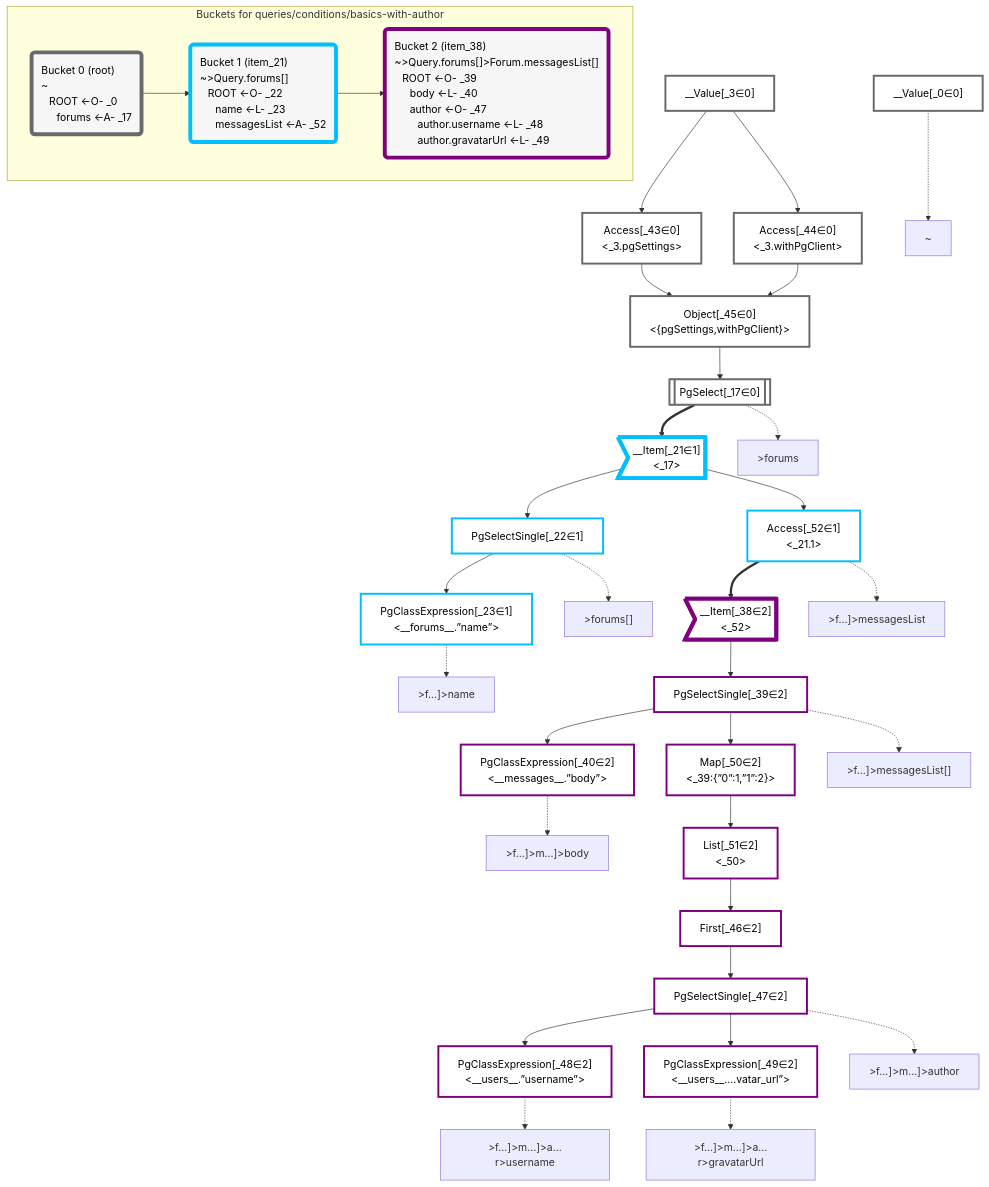
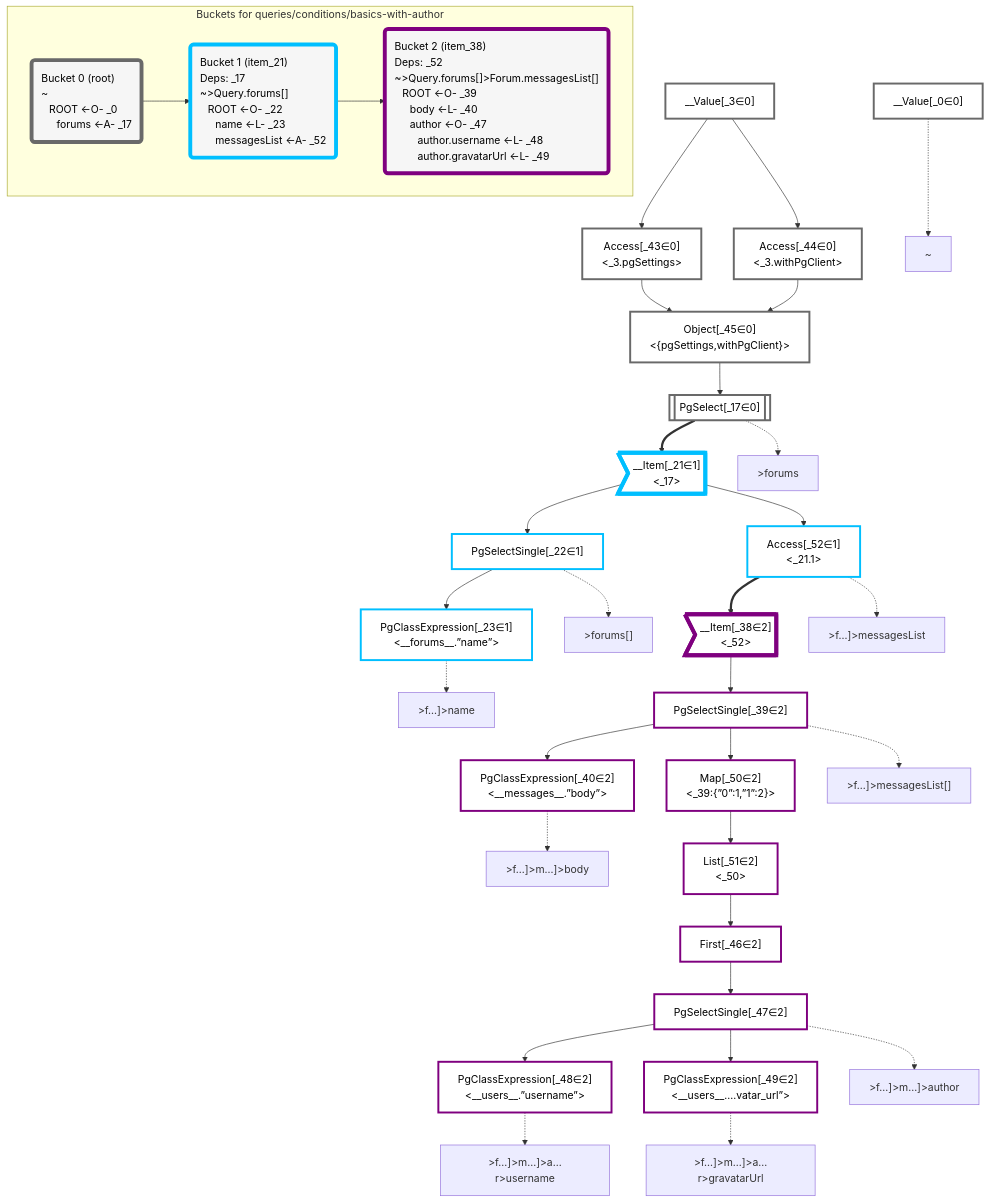
One commit to graphile/crystal changed the diagram in packages/dataplan-pg/__tests__/queries/conditions/basics-with-author.mermaid.md. Above: the diagram before and after it, drawn with Mermaid. The commit also changed 157 other files, not shown here.

Commit message:
Add deps to all query snapshots

```diff
--- a/packages/dataplan-pg/__tests__/queries/conditions/basics-with-author.mermaid.md
+++ b/packages/dataplan-pg/__tests__/queries/conditions/basics-with-author.mermaid.md
@@ -81,10 +81,10 @@
     subgraph "Buckets for queries/conditions/basics-with-author"
     Bucket0("Bucket 0 (root)<br />~<br />⠀ROOT <-O- _0<br />⠀⠀forums <-A- _17"):::bucket
     style Bucket0 stroke:#696969
-    Bucket1("Bucket 1 (item_21)<br />~>Query.forums[]<br />⠀ROOT <-O- _22<br />⠀⠀name <-L- _23<br />⠀⠀messagesList <-A- _52"):::bucket
+    Bucket1("Bucket 1 (item_21)<br />Deps: _17<br />~>Query.forums[]<br />⠀ROOT <-O- _22<br />⠀⠀name <-L- _23<br />⠀⠀messagesList <-A- _52"):::bucket
     style Bucket1 stroke:#00bfff
     Bucket0 --> Bucket1
-    Bucket2("Bucket 2 (item_38)<br />~>Query.forums[]>Forum.messagesList[]<br />⠀ROOT <-O- _39<br />⠀⠀body <-L- _40<br />⠀⠀author <-O- _47<br />⠀⠀⠀author.username <-L- _48<br />⠀⠀⠀author.gravatarUrl <-L- _49"):::bucket
+    Bucket2("Bucket 2 (item_38)<br />Deps: _52<br />~>Query.forums[]>Forum.messagesList[]<br />⠀ROOT <-O- _39<br />⠀⠀body <-L- _40<br />⠀⠀author <-O- _47<br />⠀⠀⠀author.username <-L- _48<br />⠀⠀⠀author.gravatarUrl <-L- _49"):::bucket
     style Bucket2 stroke:#7f007f
     Bucket1 --> Bucket2
     end
```
